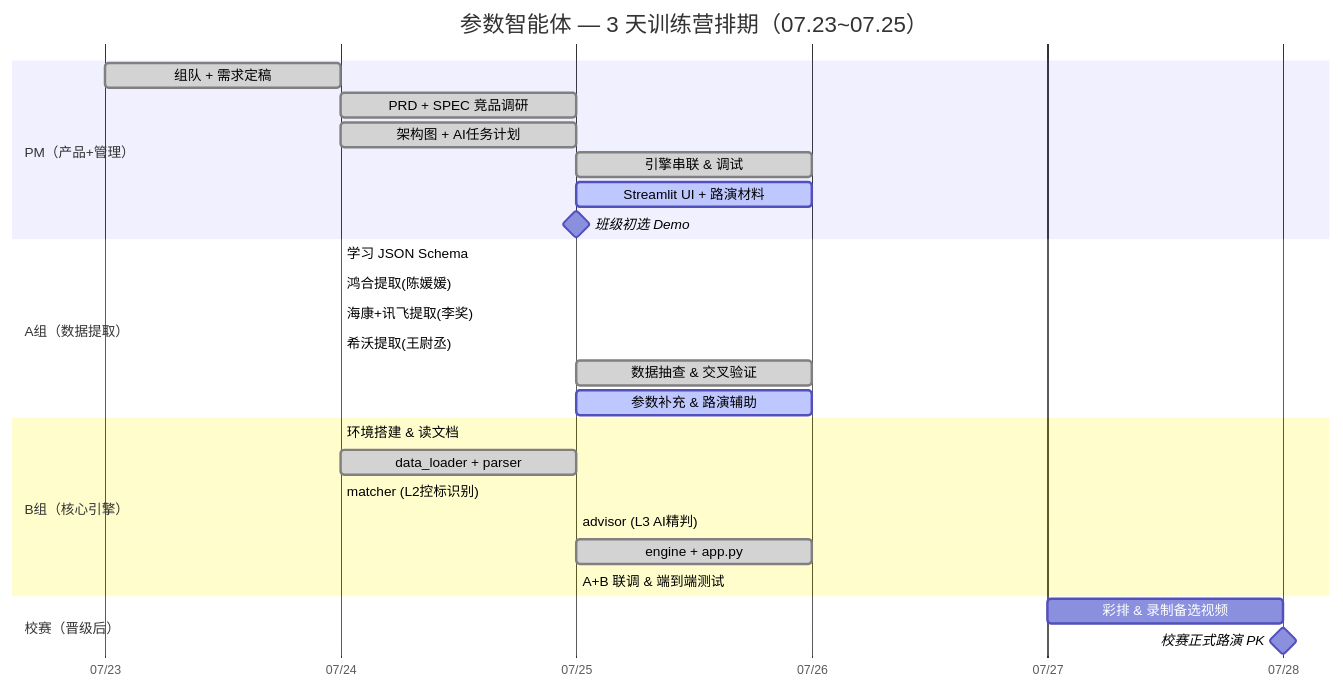
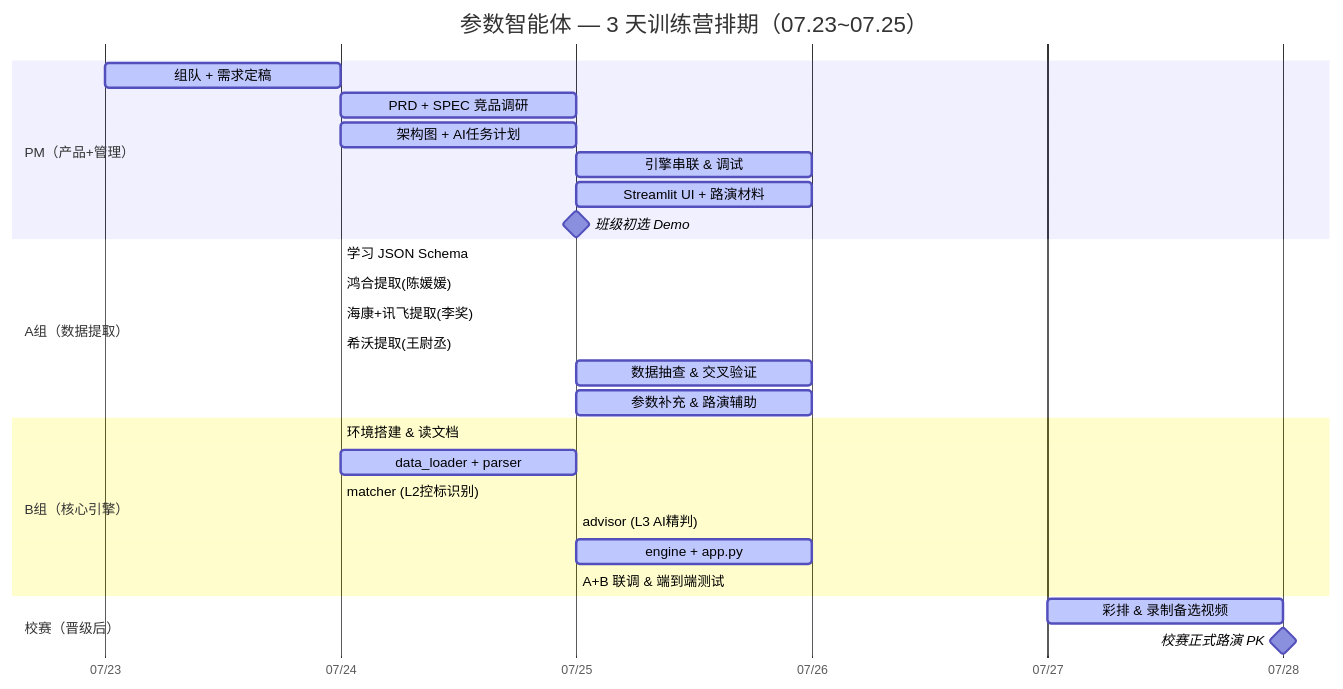
One commit to Zhangziqiang997/ifly-agent changed the diagram in docs/01-team-schedule.md. Above: the diagram before and after it, drawn with Mermaid.

Commit message:
v0.5.8 -- fix Gantt: replace all :done with :active for readable colors
Mermaid :done status renders gray bg + white text (unreadable).
:active renders colored bars with dark text on all platforms.

````diff
--- a/docs/01-team-schedule.md
+++ b/docs/01-team-schedule.md
@@ -24,35 +24,35 @@
 ```mermaid
 gantt
     title 参数智能体 — 3 天训练营排期（07.23~07.25）
     dateFormat  MM-DD
     axisFormat  %m/%d
     tickInterval 1day
 
     section PM（产品+管理）
-    组队 + 需求定稿        :done,    pm0, 07-23, 1d
-    PRD + SPEC 竞品调研    :done,    pm1, 07-24, 1d
-    架构图 + AI任务计划     :done,    pm2, 07-24, 1d
-    引擎串联 & 调试         :done,    pm3, 07-25, 0.5d
+    组队 + 需求定稿        :active,  pm0, 07-23, 1d
+    PRD + SPEC 竞品调研    :active,  pm1, 07-24, 1d
+    架构图 + AI任务计划     :active,  pm2, 07-24, 1d
+    引擎串联 & 调试         :active,  pm3, 07-25, 0.5d
     Streamlit UI + 路演材料 :active,  pm4, 07-25, 0.5d
     班级初选 Demo          :milestone, pm_m, 07-25, 0d
 
     section A组（数据提取）
-    学习 JSON Schema       :done,    a0, 07-24, 0.25d
-    鸿合提取(陈媛媛)       :done,    a1, 07-24, 0.25d
-    海康+讯飞提取(李奖)    :done,    a2, 07-24, 0.25d
-    希沃提取(王尉丞)       :done,    a3, 07-24, 0.25d
-    数据抽查 & 交叉验证     :done,    a4, 07-25, 0.5d
+    学习 JSON Schema       :active,  a0, 07-24, 0.25d
+    鸿合提取(陈媛媛)       :active,  a1, 07-24, 0.25d
+    海康+讯飞提取(李奖)    :active,  a2, 07-24, 0.25d
+    希沃提取(王尉丞)       :active,  a3, 07-24, 0.25d
+    数据抽查 & 交叉验证     :active,  a4, 07-25, 0.5d
     参数补充 & 路演辅助     :active,  a5, 07-25, 0.5d
 
     section B组（核心引擎）
-    环境搭建 & 读文档       :done,    b0, 07-24, 0.25d
-    data_loader + parser    :done,    b1, 07-24, 0.5d
-    matcher (L2控标识别)    :done,    b2, 07-24, 0.25d
-    advisor (L3 AI精判)     :done,    b3, 07-25, 0.25d
-    engine + app.py         :done,    b4, 07-25, 0.5d
+    环境搭建 & 读文档       :active,  b0, 07-24, 0.25d
+    data_loader + parser    :active,  b1, 07-24, 0.5d
+    matcher (L2控标识别)    :active,  b2, 07-24, 0.25d
+    advisor (L3 AI精判)     :active,  b3, 07-25, 0.25d
+    engine + app.py         :active,  b4, 07-25, 0.5d
     A+B 联调 & 端到端测试   :active,  b5, 07-25, 0.25d
 
     section 校赛（晋级后）
-    彩排 & 录制备选视频      :         s1, 07-27, 1d
+    彩排 & 录制备选视频      :active,  s1, 07-27, 1d
     校赛正式路演 PK         :milestone, s_m, 07-28, 0d
 ```
````
